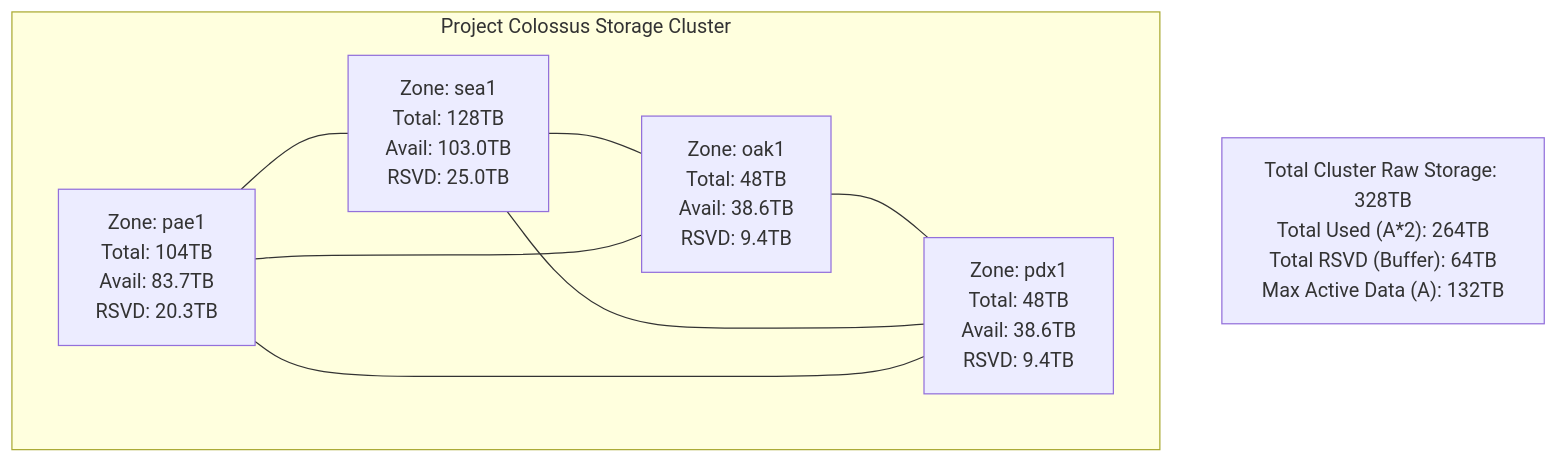
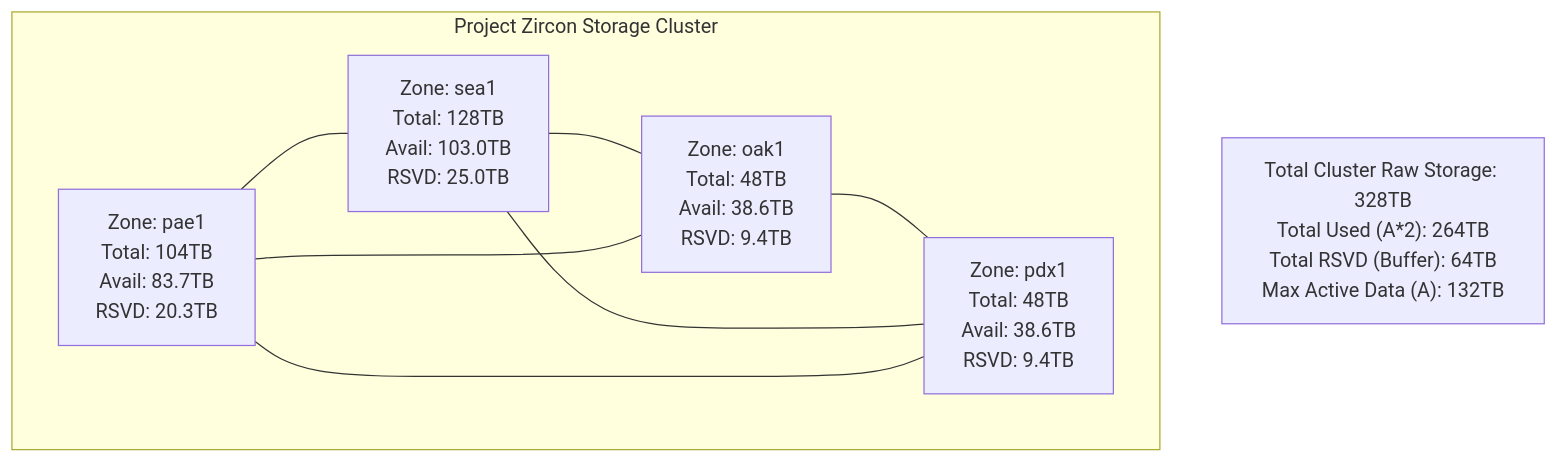
Before and after one commit to dastron/storage-cluster: the first of 6 diagrams in README.md, drawn with Mermaid. The commit also changed other lines of this file, not shown here.

````diff
--- a/README.md
+++ b/README.md
@@ -113,19 +113,19 @@
 ```mermaid
 graph TD
-    subgraph "Project Colossus Storage Cluster"
+    subgraph "Project Zircon Storage Cluster"
         direction LR
         PAE1["Zone: pae1<br>Total: 104TB<br>Avail: 83.7TB<br>RSVD: 20.3TB"]
         SEA1["Zone: sea1<br>Total: 128TB<br>Avail: 103.0TB<br>RSVD: 25.0TB"]
         OAK1["Zone: oak1<br>Total: 48TB<br>Avail: 38.6TB<br>RSVD: 9.4TB"]
         PDX1["Zone: pdx1<br>Total: 48TB<br>Avail: 38.6TB<br>RSVD: 9.4TB"]
     end
     
     PAE1 --- SEA1
     SEA1 --- OAK1
     OAK1 --- PDX1
     PDX1 --- PAE1
     PAE1 --- OAK1
     SEA1 --- PDX1
 
     ClusterTotal["Total Cluster Raw Storage: 328TB<br>Total Used (A*2): 264TB<br>Total RSVD (Buffer): 64TB<br>Max Active Data (A): 132TB"]
 ```
````
